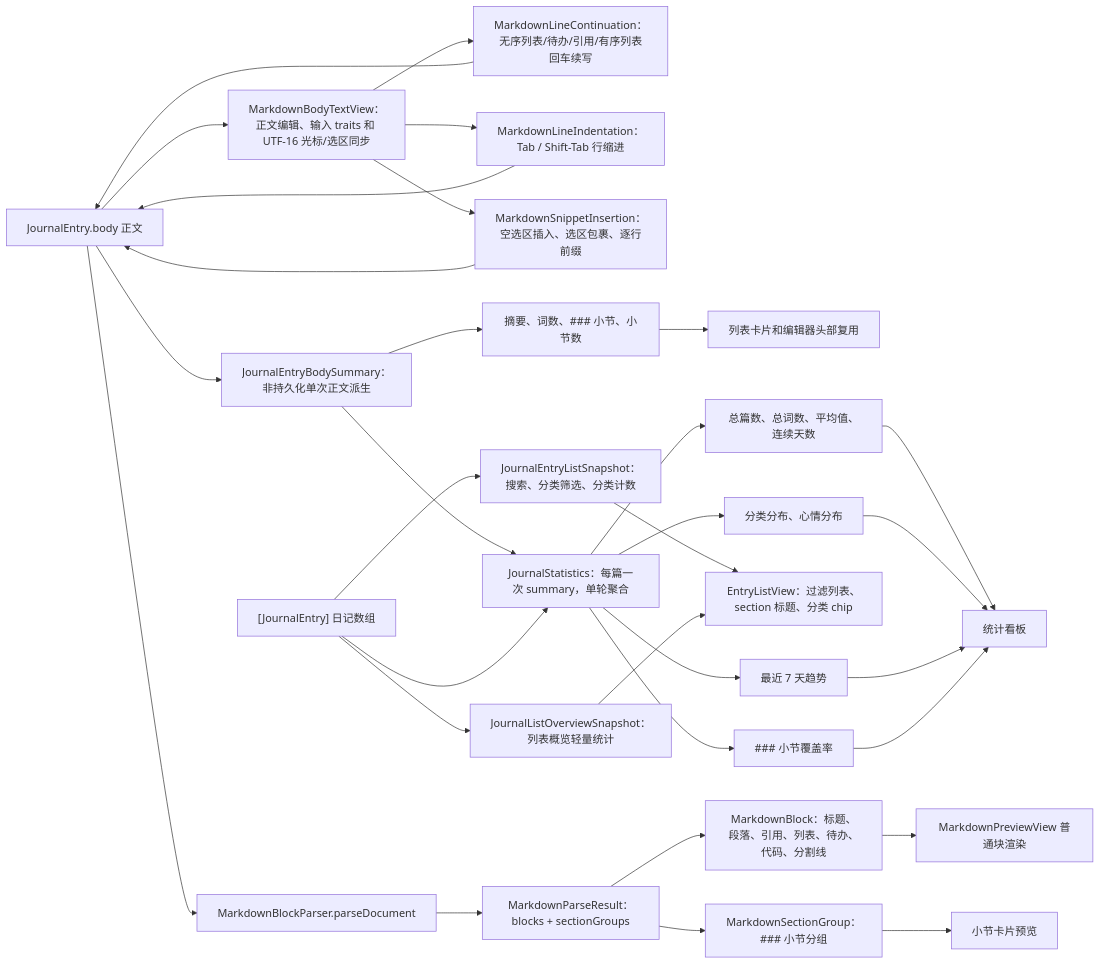
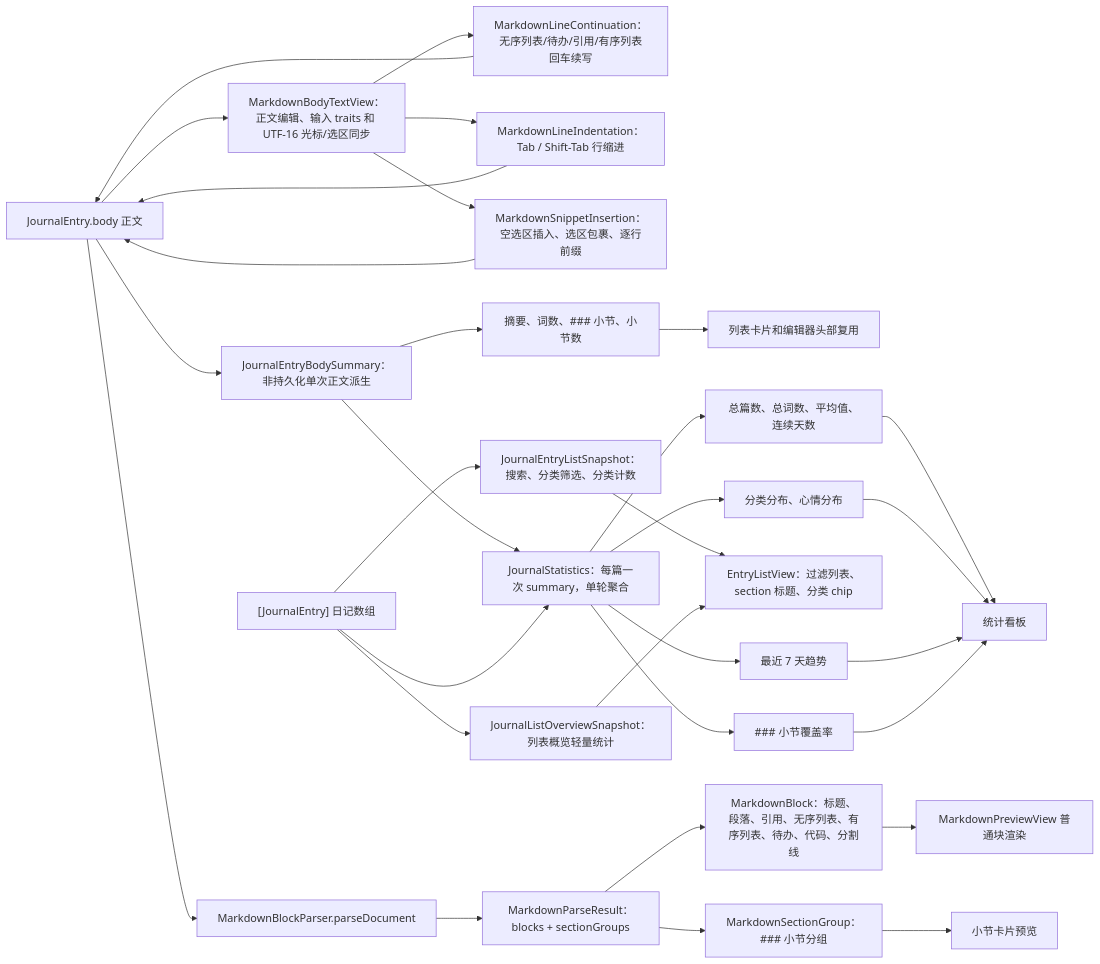
The fourth of 6 diagrams in md/flow/flowchart.md (Altman-sam114/117), drawn with Mermaid before and after one commit. The commit also changed other lines of this file and 9 other files, not shown here.

````diff
--- a/md/flow/flowchart.md
+++ b/md/flow/flowchart.md
@@ -117,33 +117,33 @@
 ```mermaid
 flowchart LR
   Body["JournalEntry.body 正文"] --> Summary["JournalEntryBodySummary：非持久化单次正文派生"]
   Body --> BodyText["MarkdownBodyTextView：正文编辑、输入 traits 和 UTF-16 光标/选区同步"]
   BodyText --> ContinueRule["MarkdownLineContinuation：无序列表/待办/引用/有序列表回车续写"]
   ContinueRule --> Body
   BodyText --> IndentRule["MarkdownLineIndentation：Tab / Shift-Tab 行缩进"]
   IndentRule --> Body
   BodyText --> InsertRule["MarkdownSnippetInsertion：空选区插入、选区包裹、逐行前缀"]
   InsertRule --> Body
   Summary --> Excerpt["摘要、词数、### 小节、小节数"]
   Excerpt --> RowEditor["列表卡片和编辑器头部复用"]
   Summary --> Statistics["JournalStatistics：每篇一次 summary，单轮聚合"]
   Body --> Parse["MarkdownBlockParser.parseDocument"]
   Parse --> Result["MarkdownParseResult：blocks + sectionGroups"]
-  Result --> Blocks["MarkdownBlock：标题、段落、引用、列表、待办、代码、分割线"]
+  Result --> Blocks["MarkdownBlock：标题、段落、引用、无序列表、有序列表、待办、代码、分割线"]
   Blocks --> Preview["MarkdownPreviewView 普通块渲染"]
   Result --> Sections["MarkdownSectionGroup：### 小节分组"]
   Sections --> SectionPreview["小节卡片预览"]
   Entries["[JournalEntry] 日记数组"] --> Statistics
   Entries --> ListSnapshot2["JournalEntryListSnapshot：搜索、分类筛选、分类计数"]
   ListSnapshot2 --> ListView["EntryListView：过滤列表、section 标题、分类 chip"]
   Entries --> ListOverview2["JournalListOverviewSnapshot：列表概览轻量统计"]
   ListOverview2 --> ListView
   Statistics --> Metrics["总篇数、总词数、平均值、连续天数"]
   Statistics --> Distributions["分类分布、心情分布"]
   Statistics --> Trend["最近 7 天趋势"]
   Statistics --> Coverage["### 小节覆盖率"]
   Metrics --> Dashboard["统计看板"]
   Distributions --> Dashboard
   Trend --> Dashboard
   Coverage --> Dashboard
 ```
````
